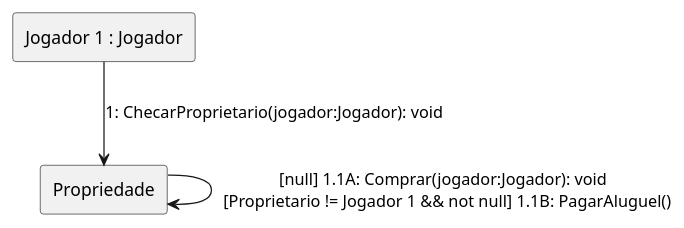
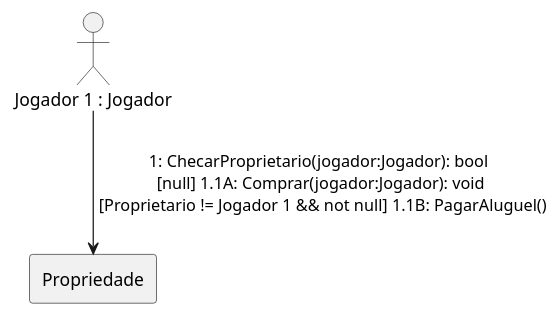
One commit to rogerpcto/ProjetoDeSoftware-UFF changed the diagram in Documentação/diagrama-comunicacao-Propriedade.plantuml. Above: the diagram before and after it, drawn with PlantUML. The commit also changed 2 other files, not shown here.

Commit message:
Melhorias diagrama de comunicação

```diff
--- a/Documentação/diagrama-comunicacao-Propriedade.plantuml
+++ b/Documentação/diagrama-comunicacao-Propriedade.plantuml
@@ -1,11 +1,10 @@
 @startuml comunicacao
 
 skinparam linestyle ortho
 
-rectangle "Jogador 1 : Jogador" as jogador
+Actor "Jogador 1 : Jogador" as jogador
 rectangle "Propriedade" as propriedade
 
-jogador --> propriedade: 1: ChecarProprietario(jogador:Jogador): void
-propriedade --> propriedade: [null] 1.1A: Comprar(jogador:Jogador): void \n [Proprietario != Jogador 1 && not null] 1.1B: PagarAluguel()
+jogador --> propriedade: 1: ChecarProprietario(jogador:Jogador): bool \n [null] 1.1A: Comprar(jogador:Jogador): void \n [Proprietario != Jogador 1 && not null] 1.1B: PagarAluguel()
 
 @enduml
```
